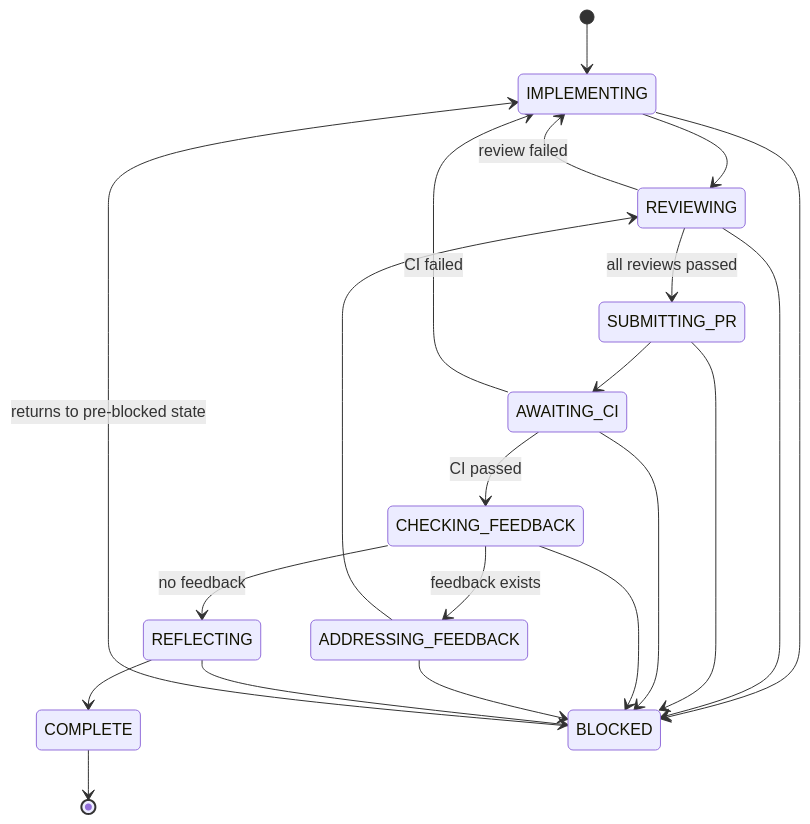
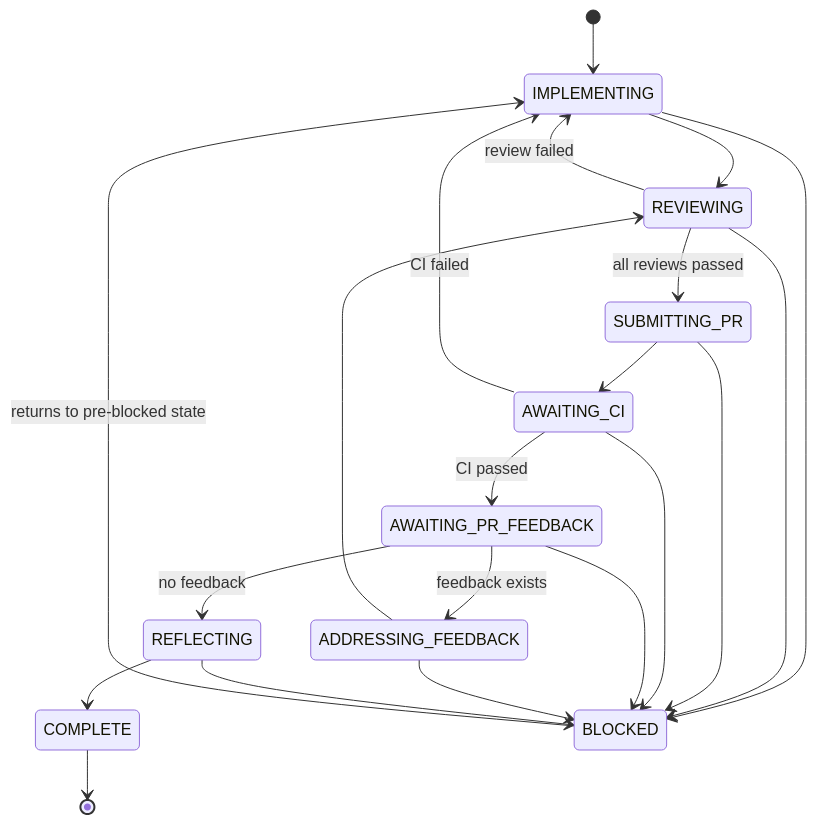
One commit to NTCoding/living-architecture changed the diagram in tools/dev-workflow-v2/README.md. Above: the diagram before and after it, drawn with Mermaid. The commit also changed other lines of this file and 34 other files, not shown here.

Commit message:
fix(dev-workflow-v2): wait for CodeRabbit before addressing PR feedback

````diff
--- a/tools/dev-workflow-v2/README.md
+++ b/tools/dev-workflow-v2/README.md
@@ -43,24 +43,24 @@
 ```mermaid
 stateDiagram-v2
     [*] --> IMPLEMENTING
     IMPLEMENTING --> REVIEWING
     REVIEWING --> SUBMITTING_PR : all reviews passed
     REVIEWING --> IMPLEMENTING : review failed
     SUBMITTING_PR --> AWAITING_CI
-    AWAITING_CI --> CHECKING_FEEDBACK : CI passed
+    AWAITING_CI --> AWAITING_PR_FEEDBACK : CI passed
     AWAITING_CI --> IMPLEMENTING : CI failed
-    CHECKING_FEEDBACK --> REFLECTING : no feedback
-    CHECKING_FEEDBACK --> ADDRESSING_FEEDBACK : feedback exists
+    AWAITING_PR_FEEDBACK --> REFLECTING : no feedback
+    AWAITING_PR_FEEDBACK --> ADDRESSING_FEEDBACK : feedback exists
     ADDRESSING_FEEDBACK --> REVIEWING
     REFLECTING --> COMPLETE
     COMPLETE --> [*]
 
     IMPLEMENTING --> BLOCKED
     REVIEWING --> BLOCKED
     SUBMITTING_PR --> BLOCKED
     AWAITING_CI --> BLOCKED
-    CHECKING_FEEDBACK --> BLOCKED
+    AWAITING_PR_FEEDBACK --> BLOCKED
     ADDRESSING_FEEDBACK --> BLOCKED
     REFLECTING --> BLOCKED
     BLOCKED --> IMPLEMENTING : returns to pre-blocked state
 ```
````
